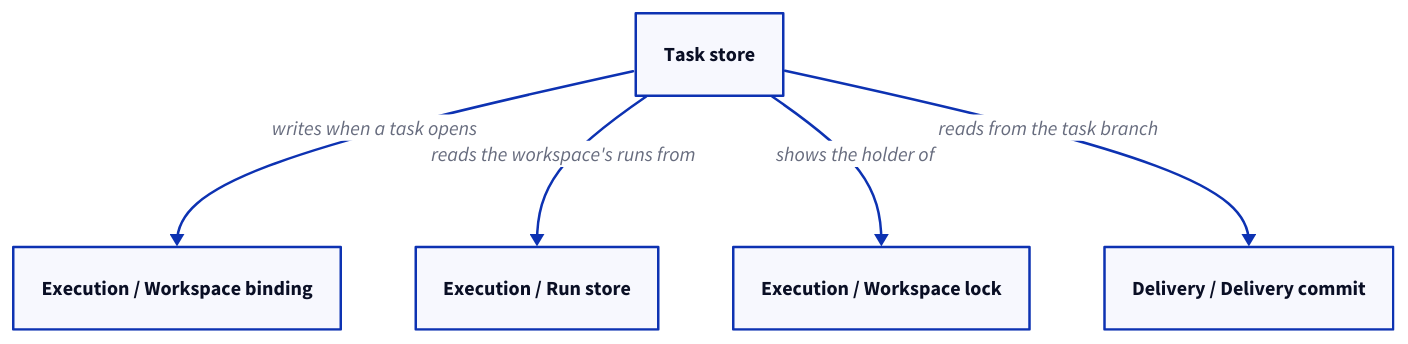
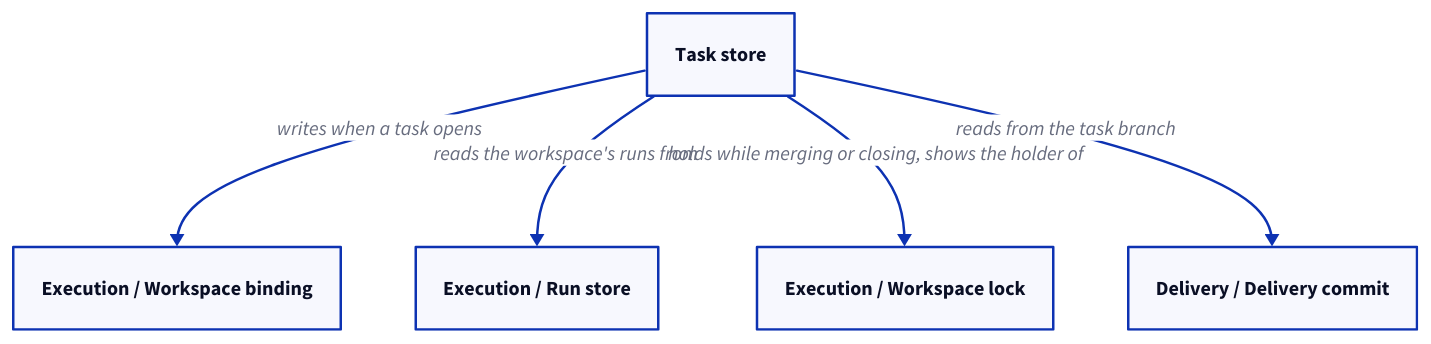
The third of 3 diagrams in specs/concorde/coordination/tasks/module.md (FTOD/concorde), drawn with D2 before and after one commit. The commit also changed other lines of this file and 8 other files, not shown here.

````diff
--- a/specs/concorde/coordination/tasks/module.md
+++ b/specs/concorde/coordination/tasks/module.md
@@ -327,11 +386,11 @@
 ```d2
 store: Task store
 binding: Execution / Workspace binding
 runstore: Execution / Run store
 lock: Execution / Workspace lock
 commits: Delivery / Delivery commit
 store -> binding: writes when a task opens
 store -> runstore: reads the workspace's runs from
-store -> lock: shows the holder of
+store -> lock: holds while merging or closing, shows the holder of
 store -> commits: reads from the task branch
 ```
````
